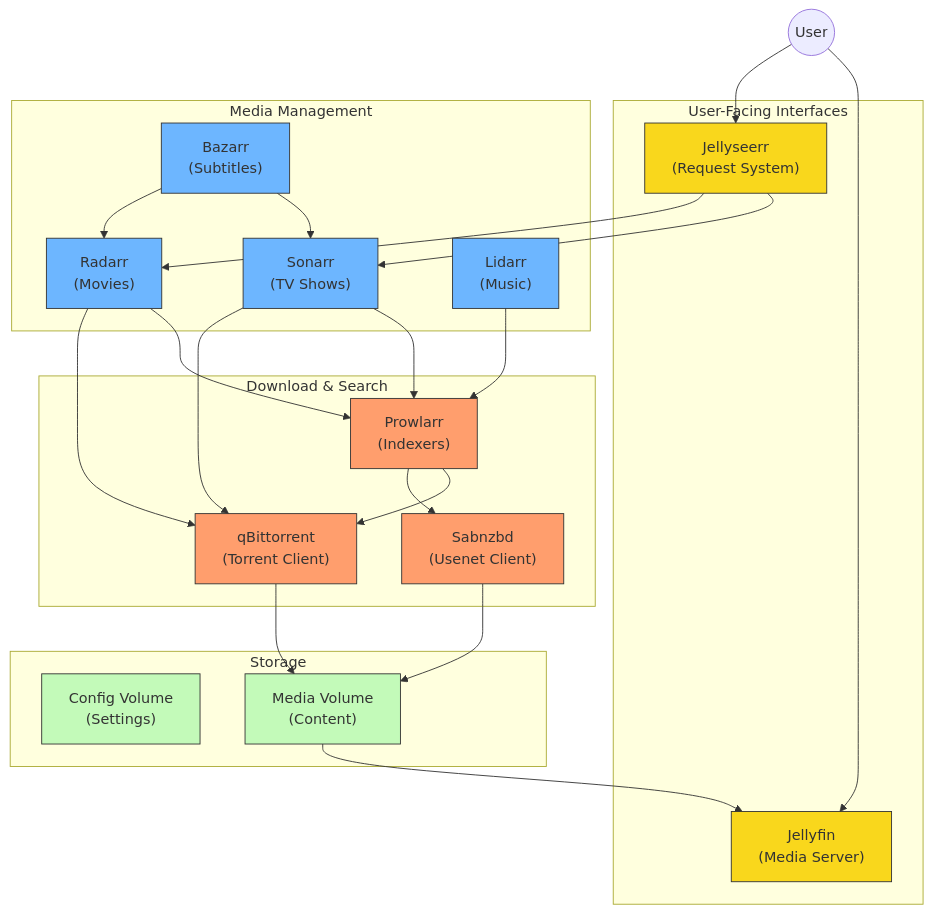
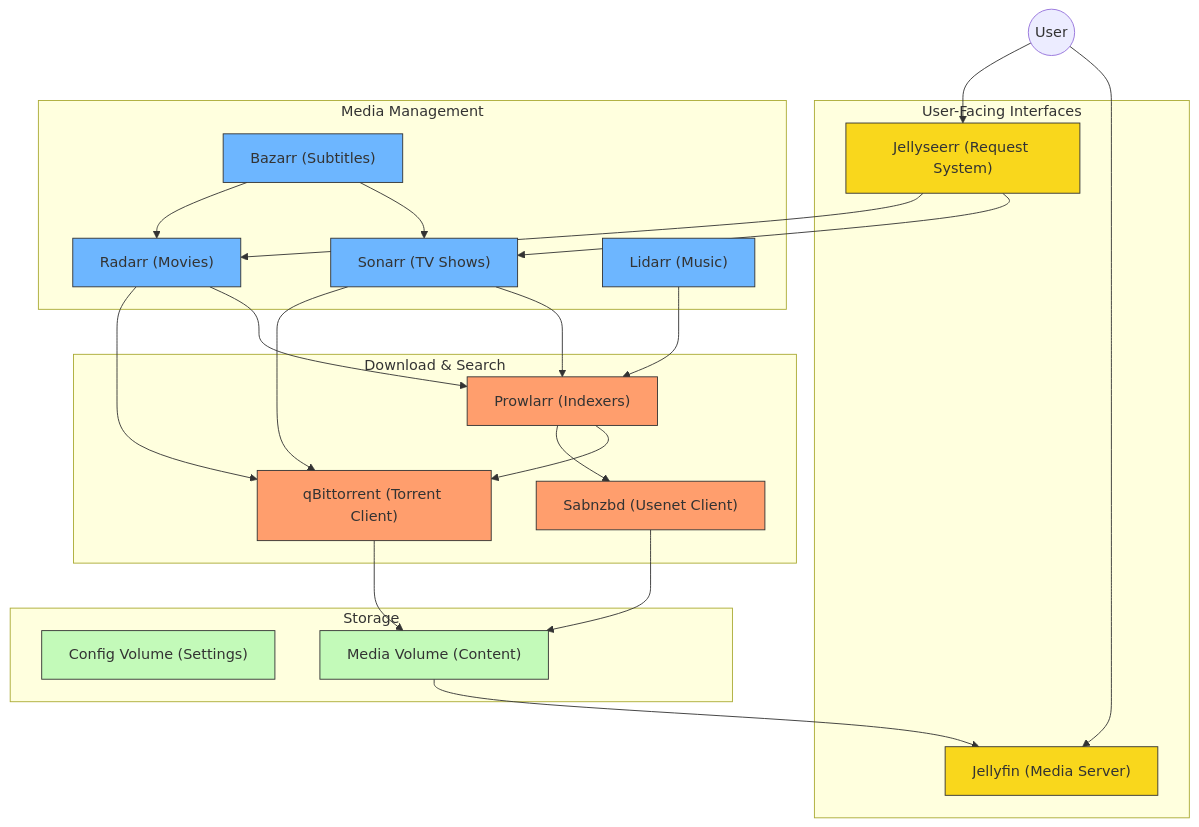
One commit to stravos97/torrentBox-kubernetes changed the diagram in README.md. Above: the diagram before and after it, drawn with Mermaid.

Commit message:
fix: update README.md for consistent formatting of application descriptions

````diff
--- a/README.md
+++ b/README.md
@@ -30,66 +30,66 @@
 ```mermaid
 graph TB
     %% Main user access point
     User((User))
     
     %% Main functional groups
     subgraph "User-Facing Interfaces"
-        Jellyfin["Jellyfin\n(Media Server)"]
-        Jellyseerr["Jellyseerr\n(Request System)"]
+        Jellyfin["Jellyfin (Media Server)"]
+        Jellyseerr["Jellyseerr (Request System)"]
     end
     
     subgraph "Media Management"
-        Sonarr["Sonarr\n(TV Shows)"]
-        Radarr["Radarr\n(Movies)"]
-        Lidarr["Lidarr\n(Music)"]
-        Bazarr["Bazarr\n(Subtitles)"]
+        Sonarr["Sonarr (TV Shows)"]
+        Radarr["Radarr (Movies)"]
+        Lidarr["Lidarr (Music)"]
+        Bazarr["Bazarr (Subtitles)"]
     end
     
     subgraph "Download & Search"
-        QBit["qBittorrent\n(Torrent Client)"]
-        Sabnzbd["Sabnzbd\n(Usenet Client)"]
-        Prowlarr["Prowlarr\n(Indexers)"]
+        QBit["qBittorrent (Torrent Client)"]
+        Sabnzbd["Sabnzbd (Usenet Client)"]
+        Prowlarr["Prowlarr (Indexers)"]
     end
     
     %% Storage
     subgraph "Storage"
-        ConfigVol["Config Volume\n(Settings)"]
-        MediaVol["Media Volume\n(Content)"]
+        ConfigVol["Config Volume (Settings)"]
+        MediaVol["Media Volume (Content)"]
     end
     
     %% Primary connections
     User --> Jellyfin
     User --> Jellyseerr
     
     Jellyseerr --> Sonarr
     Jellyseerr --> Radarr
     
     Sonarr --> Prowlarr
     Radarr --> Prowlarr
     Lidarr --> Prowlarr
     
     Prowlarr --> QBit
     Prowlarr --> Sabnzbd
     
     Sonarr --> QBit
     Radarr --> QBit
     
     Bazarr --> Sonarr
     Bazarr --> Radarr
     
     %% Content flow
     QBit --> MediaVol
     Sabnzbd --> MediaVol
     MediaVol --> Jellyfin
     
     %% Style
     classDef interfaces fill:#f9d71c,stroke:#333,stroke-width:1px
     classDef management fill:#6db6ff,stroke:#333,stroke-width:1px
     classDef download fill:#ff9e6d,stroke:#333,stroke-width:1px
     classDef storage fill:#c3fab9,stroke:#333,stroke-width:1px
     
     class Jellyfin,Jellyseerr interfaces
     class Sonarr,Radarr,Lidarr,Bazarr management
     class QBit,Sabnzbd,Prowlarr download
     class ConfigVol,MediaVol storage
 ```
````
